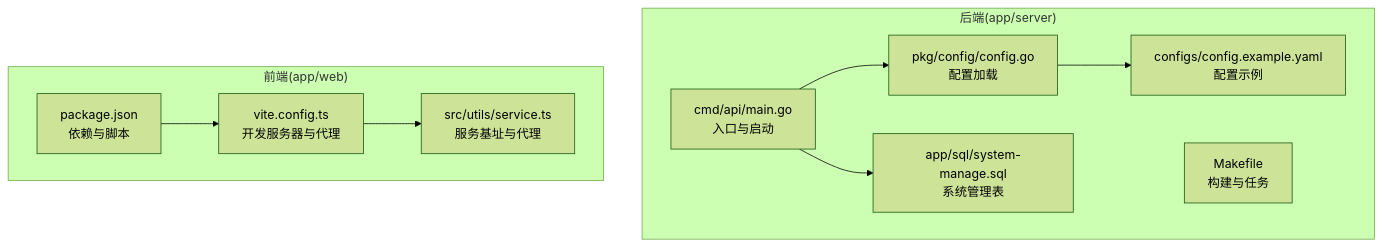
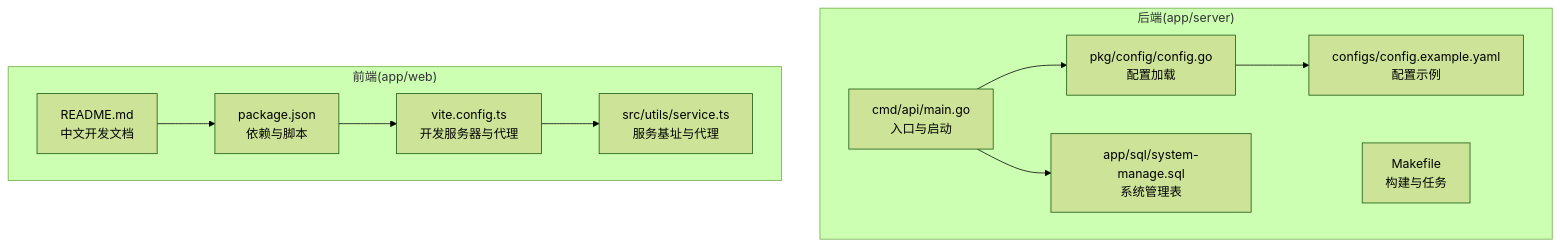
The first of 3 diagrams in .qoder/repowiki/zh/content/快速开始.md (knifezred/boread), drawn with Mermaid (forest theme) before and after one commit. The commit also changed other lines of this file and 4 other files, not shown here.

````diff
--- a/.qoder/repowiki/zh/content/快速开始.md
+++ b/.qoder/repowiki/zh/content/快速开始.md
@@ -41,20 +51,22 @@
 ```mermaid
 graph TB
 subgraph "后端(app/server)"
 S_MAIN["cmd/api/main.go<br/>入口与启动"]
 S_CONF_GO["pkg/config/config.go<br/>配置加载"]
 S_CONF_YAML["configs/config.example.yaml<br/>配置示例"]
 S_MAKE["Makefile<br/>构建与任务"]
 S_SQL["app/sql/system-manage.sql<br/>系统管理表"]
 end
 subgraph "前端(app/web)"
 W_PKG["package.json<br/>依赖与脚本"]
 W_VITE["vite.config.ts<br/>开发服务器与代理"]
 W_SERV["src/utils/service.ts<br/>服务基址与代理"]
+W_README["README.md<br/>中文开发文档"]
 end
 S_MAIN --> S_CONF_GO
 S_CONF_GO --> S_CONF_YAML
 S_MAIN --> S_SQL
 W_VITE --> W_SERV
 W_PKG --> W_VITE
+W_README --> W_PKG
 ```
````
